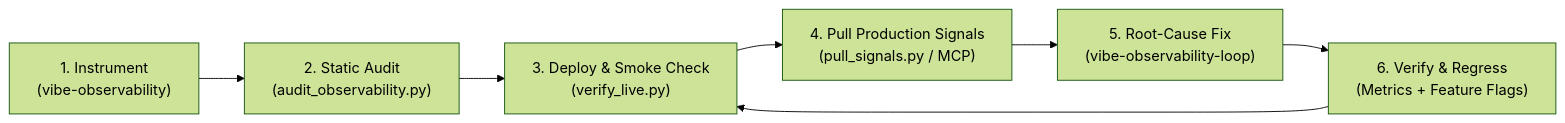
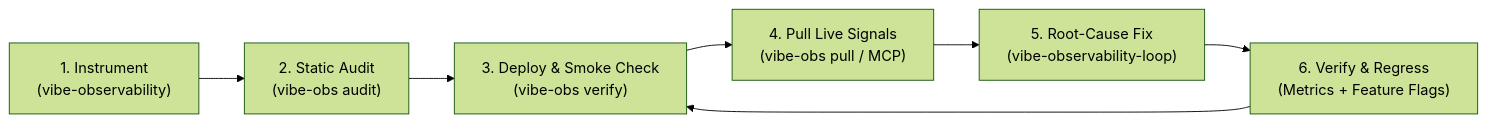
Before and after one commit to realchendahuang/vibe-observability: the diagram in README.md, drawn with Mermaid (forest theme). The commit also changed other lines of this file and 22 other files, not shown here.

Commit message:
feat: v0.3.0 uvx vibe-obs CLI, rule ignore config, Clarity/Prometheus pullers & benchmark

````diff
--- a/README.md
+++ b/README.md
@@ -36,9 +75,9 @@
 ```mermaid
 flowchart LR
-    A["1. Instrument\n(vibe-observability)"] --> B["2. Static Audit\n(audit_observability.py)"]
-    B --> C["3. Deploy & Smoke Check\n(verify_live.py)"]
-    C --> D["4. Pull Production Signals\n(pull_signals.py / MCP)"]
+    A["1. Instrument\n(vibe-observability)"] --> B["2. Static Audit\n(vibe-obs audit)"]
+    B --> C["3. Deploy & Smoke Check\n(vibe-obs verify)"]
+    C --> D["4. Pull Live Signals\n(vibe-obs pull / MCP)"]
     D --> E["5. Root-Cause Fix\n(vibe-observability-loop)"]
     E --> F["6. Verify & Regress\n(Metrics + Feature Flags)"]
     F --> C
 ```
````
